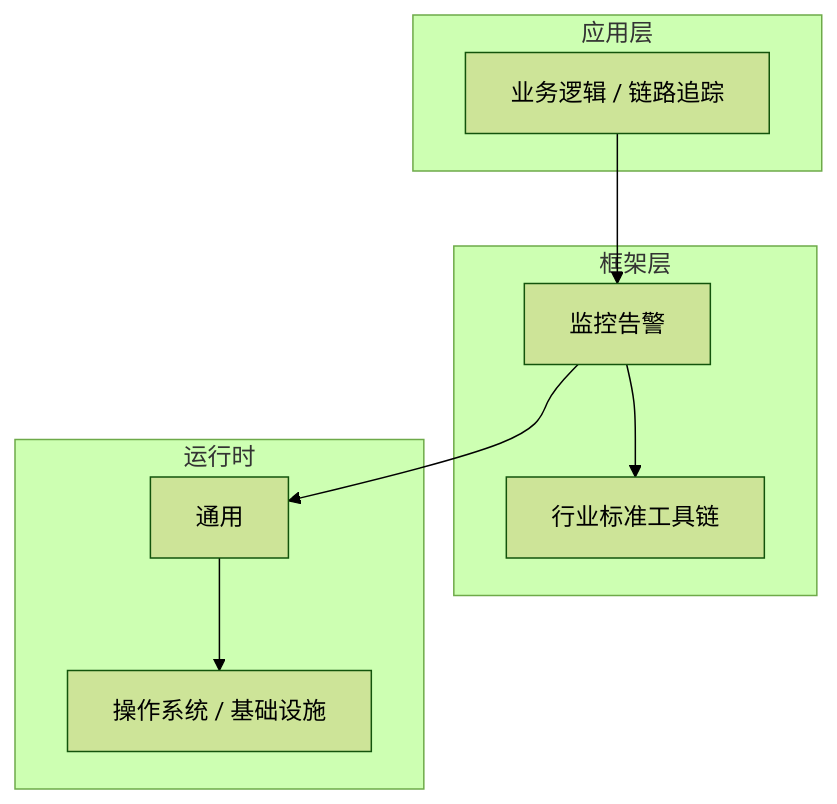
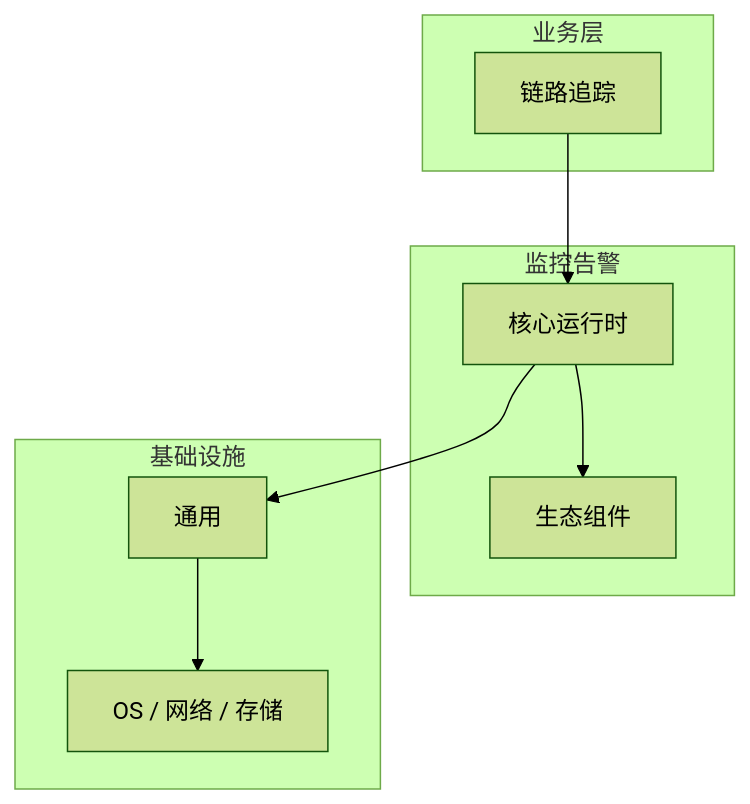
Before and after one commit to yanggan2015/knowledge-json-v2: the diagram in articles/监控告警/chapters/019-链路追踪核心概念与原理.md, drawn with Mermaid (forest theme). The commit also changed other lines of this file and 10127 other files, not shown here.

````diff
--- a/articles/监控告警/chapters/019-链路追踪核心概念与原理.md
+++ b/articles/监控告警/chapters/019-链路追踪核心概念与原理.md
@@ -45,18 +34,18 @@
 ```mermaid
 graph TB
-    subgraph 应用层
-        A[业务逻辑 / 链路追踪]
+    subgraph 业务层
+        A[链路追踪]
     end
-    subgraph 框架层
-        B[监控告警]
-        C[行业标准工具链]
+    subgraph 监控告警
+        B[核心运行时]
+        C[生态组件]
     end
-    subgraph 运行时
+    subgraph 基础设施
         D[通用]
-        E[操作系统 / 基础设施]
+        E[OS / 网络 / 存储]
     end
     A --> B
     B --> C
     B --> D
     D --> E
 ```
````
